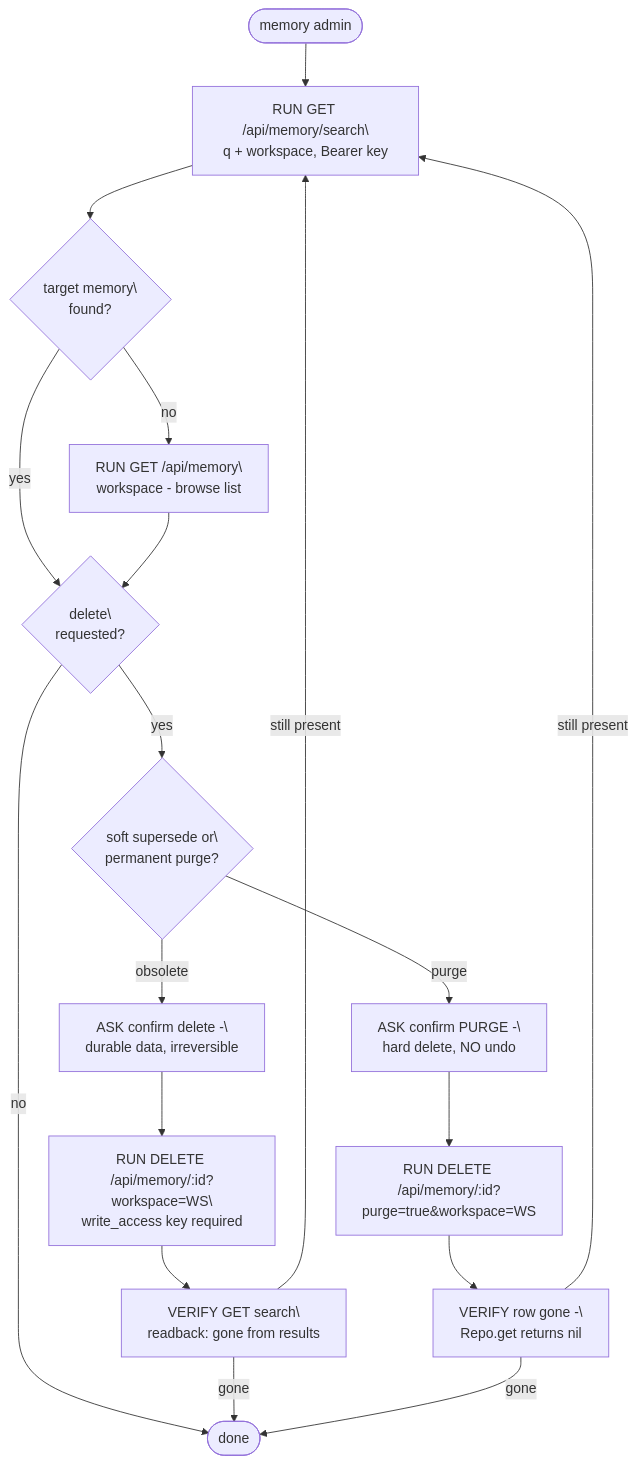
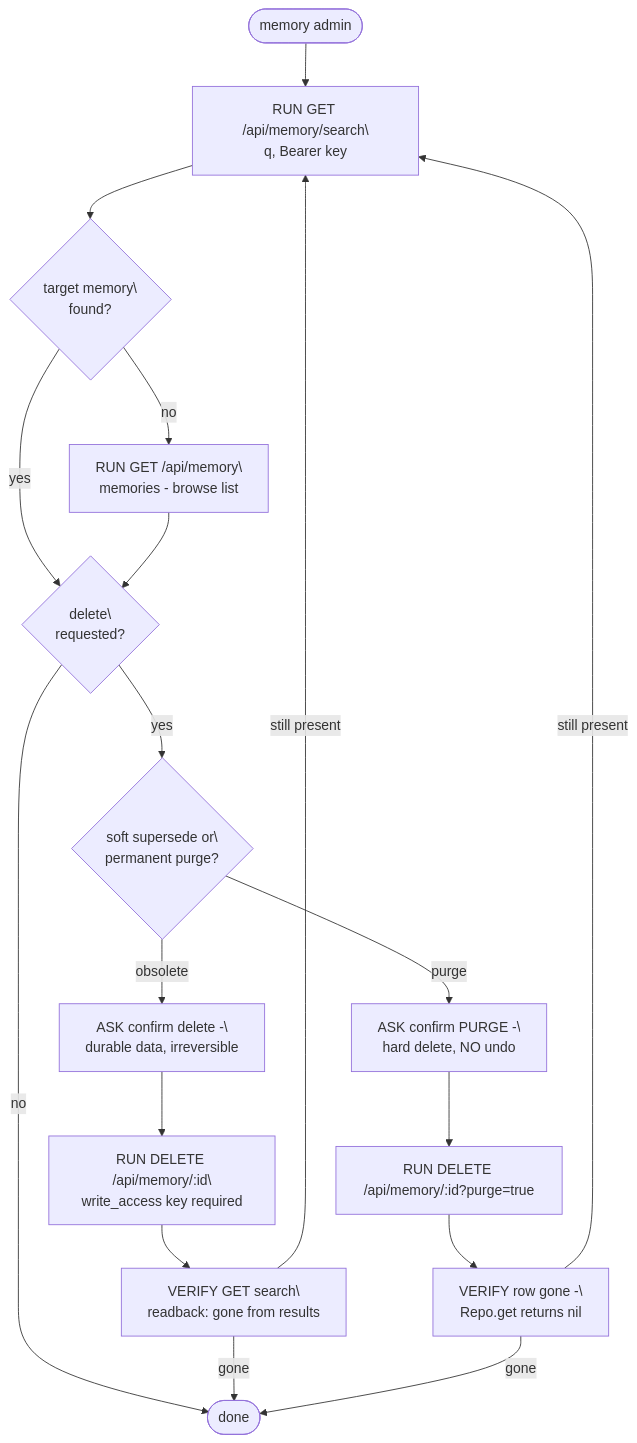
The second of 2 diagrams in skills/dran-memory-flow/SKILL.md (alvarolizama/dran), drawn with Mermaid before and after one commit. The commit also changed other lines of this file and 5 other files, not shown here.

````diff
--- a/skills/dran-memory-flow/SKILL.md
+++ b/skills/dran-memory-flow/SKILL.md
@@ -42,30 +42,30 @@
 ```mermaid
 flowchart TD
   START([memory admin]) --> S1["RUN GET /api/memory/search\
-q + workspace, Bearer key"]
+q, Bearer key"]
   S1 --> G1{"target memory\
 found?"}
   G1 -->|"no"| S2["RUN GET /api/memory\
-workspace - browse list"]
+memories - browse list"]
   G1 -->|"yes"| G2{"delete\
 requested?"}
   S2 --> G2
   G2 -->|no| END([reported])
   G2 -->|yes| G4{"soft supersede or\
 permanent purge?"}
   G4 -->|"obsolete"| A1["ASK confirm delete -\
 durable data, irreversible"]
   G4 -->|"purge"| A2["ASK confirm PURGE -\
 hard delete, NO undo"]
-  A1 --> S3["RUN DELETE /api/memory/:id?workspace=WS\
+  A1 --> S3["RUN DELETE /api/memory/:id\
 write_access key required"]
-  A2 --> S3P["RUN DELETE /api/memory/:id?purge=true&workspace=WS"]
+  A2 --> S3P["RUN DELETE /api/memory/:id?purge=true"]
   S3 --> V1["VERIFY GET search\
 readback: gone from results"]
   S3P --> V2["VERIFY row gone -\
 Repo.get returns nil"]
   V1 -->|"still present"| S1
   V2 -->|"still present"| S1
   V1 -->|"gone"| END([done])
   V2 -->|gone| END([done])
 ```
````
